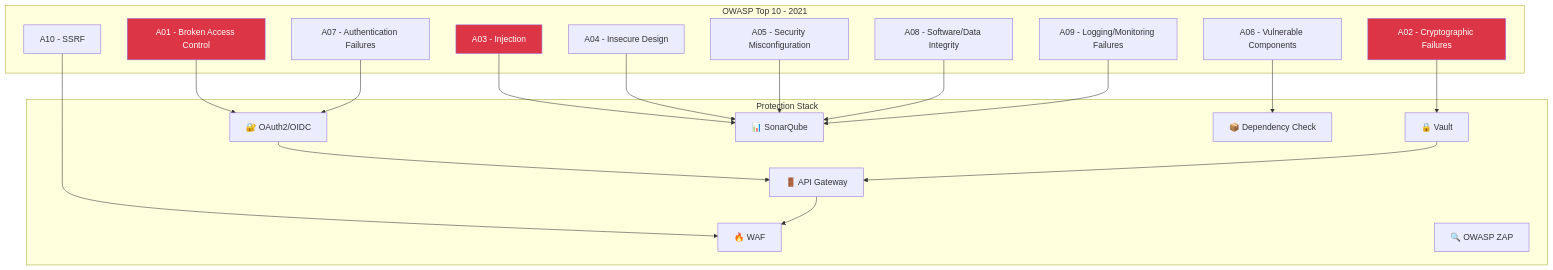
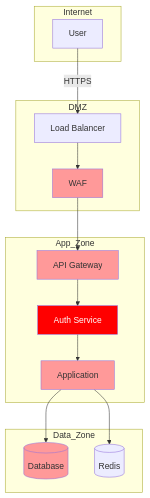
One commit to karimFSL/karimFSL.github.io changed diagram 11 of 11 in docs/security/owasp/owasp-top-10.md. Above: the diagram before and after it, drawn with Mermaid. The commit also changed other lines of this file and 26 other files, not shown here.

````diff
--- a/docs/security/owasp/owasp-top-10.md
+++ b/docs/security/owasp/owasp-top-10.md
@@ -11,44 +1430,36 @@
 ```mermaid
 graph TB
-    subgraph "OWASP Top 10 - 2021"
-        A01[A01 - Broken Access Control]
-        A02[A02 - Cryptographic Failures]
-        A03[A03 - Injection]
-        A04[A04 - Insecure Design]
-        A05[A05 - Security Misconfiguration]
-        A06[A06 - Vulnerable Components]
-        A07[A07 - Authentication Failures]
-        A08[A08 - Software/Data Integrity]
-        A09[A09 - Logging/Monitoring Failures]
-        A10[A10 - SSRF]
+    subgraph Internet
+        U[User]
     end
     
-    subgraph "Protection Stack"
-        WAF[🔥 WAF]
-        GATEWAY[🚪 API Gateway]
-        AUTH[🔐 OAuth2/OIDC]
-        VAULT[🔒 Vault]
-        SAST[📊 SonarQube]
-        DAST[🔍 OWASP ZAP]
-        SCA[📦 Dependency Check]
+    subgraph DMZ
+        LB[Load Balancer]
+        WAF[WAF]
     end
     
-    A01 --> AUTH
-    A02 --> VAULT
-    A03 --> SAST
-    A04 --> SAST
-    A05 --> SAST
-    A06 --> SCA
-    A07 --> AUTH
-    A08 --> SAST
-    A09 --> SAST
-    A10 --> WAF
+    subgraph App_Zone
+        API[API Gateway]
+        AUTH[Auth Service]
+        APP[Application]
+    end
     
-    AUTH --> GATEWAY
-    VAULT --> GATEWAY
-    GATEWAY --> WAF
+    subgraph Data_Zone
+        DB[(Database)]
+        CACHE[(Redis)]
+    end
     
-    style A01 fill:#dc3545,color:#fff
-    style A02 fill:#dc3545,color:#fff
-    style A03 fill:#dc3545,color:#fff
+    U -->|HTTPS| LB
+    LB --> WAF
+    WAF --> API
+    API --> AUTH
+    AUTH --> APP
+    APP --> DB
+    APP --> CACHE
+    
+    style WAF fill:#ff9999
+    style API fill:#ff9999
+    style AUTH fill:#ff0000,color:#fff
+    style APP fill:#ff9999
+    style DB fill:#ff9999
 ```
````
